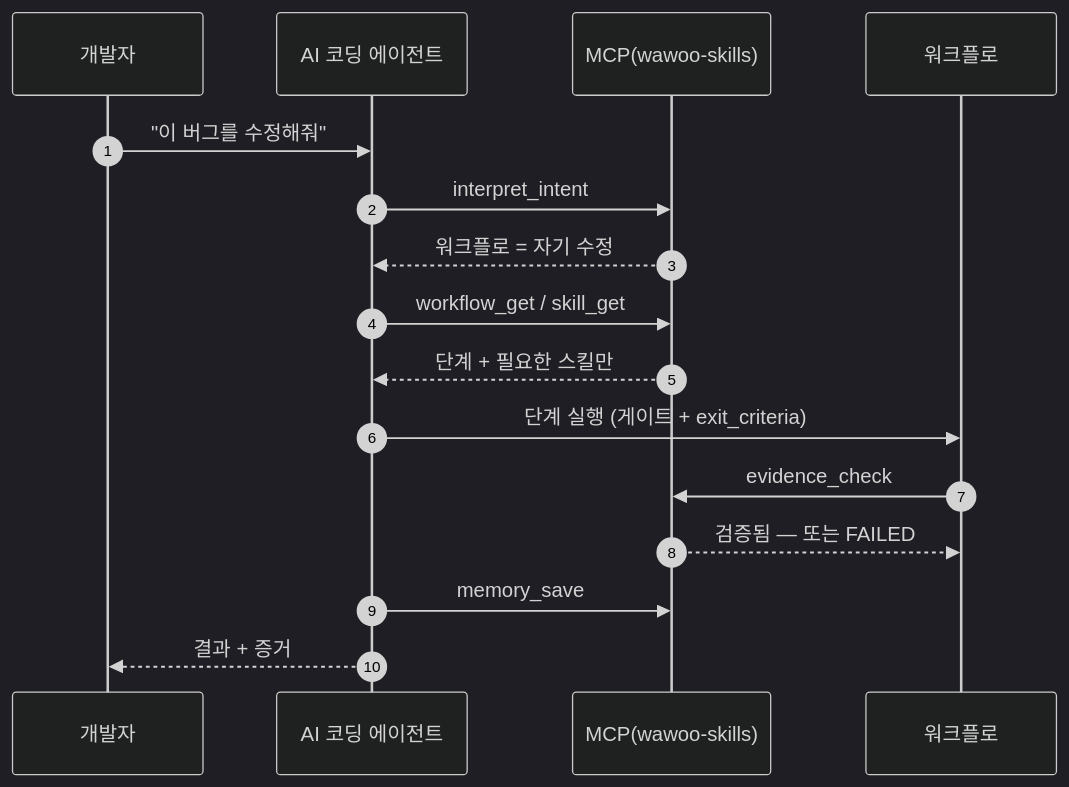
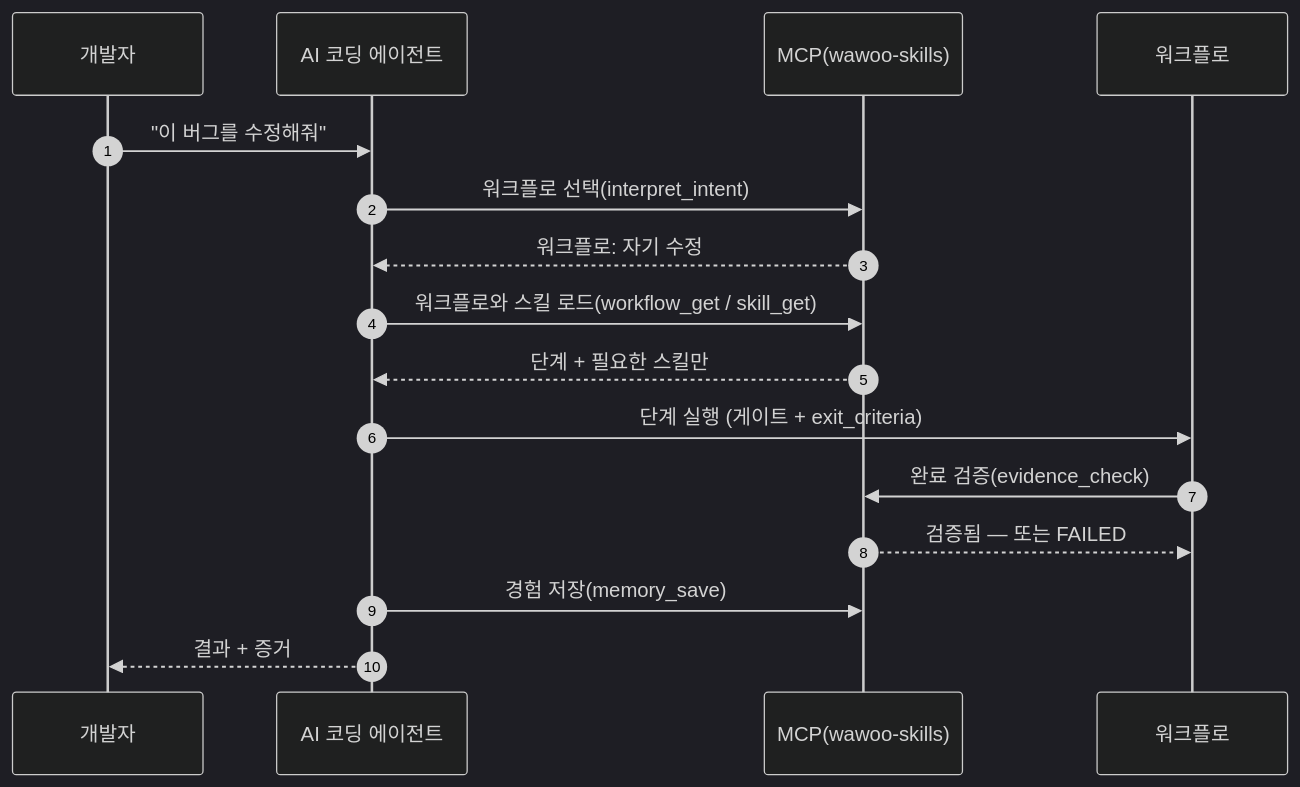
Before and after one commit to parkwoo/wawoo-agent-skills: the diagram in README.ko.md, drawn with Mermaid (dark theme). The commit also changed 3 other files, not shown here.

Commit message:
docs: make the sequence-diagram steps readable (plain action + technical term in parens)

````diff
--- a/README.ko.md
+++ b/README.ko.md
@@ -62,18 +62,18 @@
 ```mermaid
 sequenceDiagram
     autonumber
     participant U as 개발자
     participant A as AI 코딩 에이전트
     participant M as MCP(wawoo-skills)
     participant W as 워크플로
     U->>A: "이 버그를 수정해줘"
-    A->>M: interpret_intent
-    M-->>A: 워크플로 = 자기 수정
-    A->>M: workflow_get / skill_get
+    A->>M: 워크플로 선택(interpret_intent)
+    M-->>A: 워크플로: 자기 수정
+    A->>M: 워크플로와 스킬 로드(workflow_get / skill_get)
     M-->>A: 단계 + 필요한 스킬만
     A->>W: 단계 실행 (게이트 + exit_criteria)
-    W->>M: evidence_check
+    W->>M: 완료 검증(evidence_check)
     M-->>W: 검증됨 — 또는 FAILED
-    A->>M: memory_save
+    A->>M: 경험 저장(memory_save)
     A-->>U: 결과 + 증거
 ```
````
